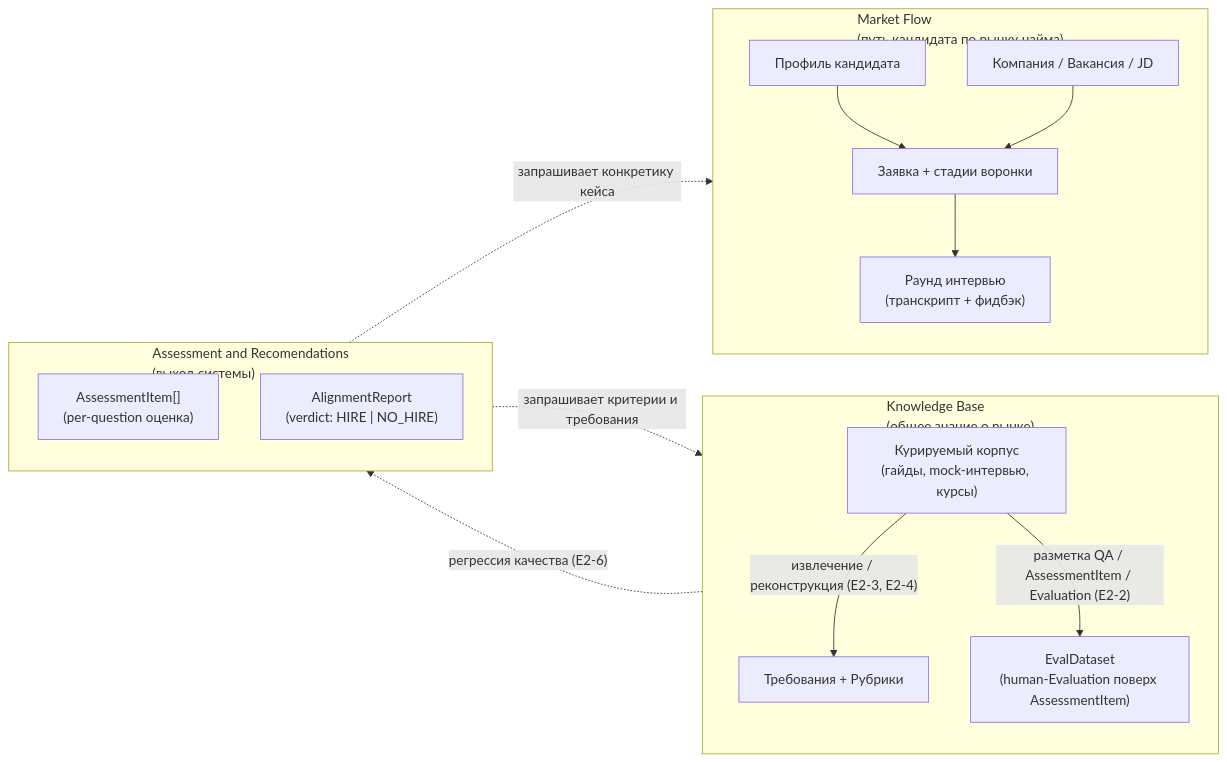
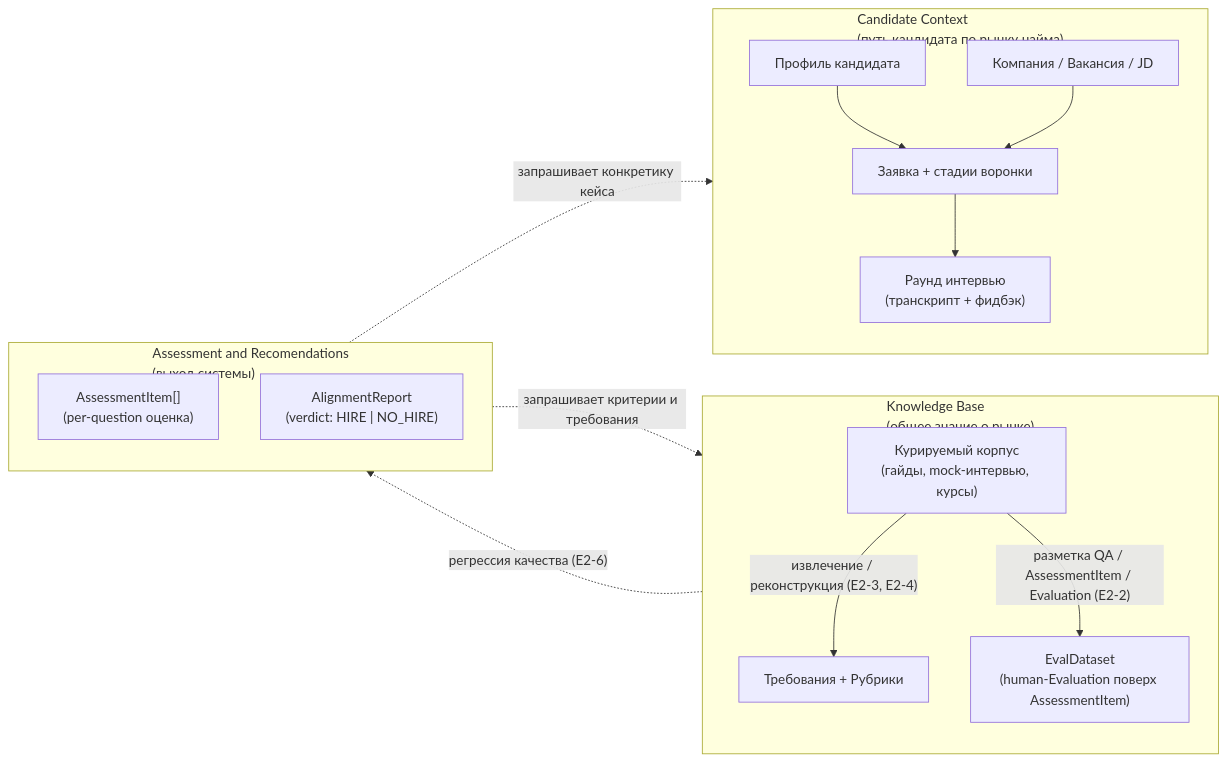
The first of 5 diagrams in md/spec.md (margomrkv/interview-debrief-assistant), drawn with Mermaid before and after one commit. The commit also changed other lines of this file and 1 other file, not shown here.

````diff
--- a/md/spec.md
+++ b/md/spec.md
@@ -49,32 +49,32 @@
 ```mermaid
 flowchart LR
-    subgraph MF["Market Flow<br/>(путь кандидата по рынку найма)"]
+    subgraph CC["Candidate Context<br/>(путь кандидата по рынку найма)"]
         direction TB
-        MF1["Профиль кандидата"]
-        MF2["Компания / Вакансия / JD"]
-        MF3["Заявка + стадии воронки"]
-        MF4["Раунд интервью<br/>(транскрипт + фидбэк)"]
-        MF1 --> MF3
-        MF2 --> MF3
-        MF3 --> MF4
+        CC1["Профиль кандидата"]
+        CC2["Компания / Вакансия / JD"]
+        CC3["Заявка + стадии воронки"]
+        CC4["Раунд интервью<br/>(транскрипт + фидбэк)"]
+        CC1 --> CC3
+        CC2 --> CC3
+        CC3 --> CC4
     end
 
     subgraph KB["Knowledge Base<br/>(общее знание о рынке)"]
         direction TB
         KB1["Курируемый корпус<br/>(гайды, mock-интервью, курсы)"]
         KB2["Требования + Рубрики"]
         KB3["EvalDataset<br/>(human-Evaluation поверх AssessmentItem)"]
         KB1 -- "извлечение / реконструкция (E2-3, E2-4)" --> KB2
         KB1 -- "разметка QA / AssessmentItem / Evaluation (E2-2)" --> KB3
     end
 
     subgraph AR["Assessment and Recomendations<br/>(выход системы)"]
         direction TB
         AR1["AssessmentItem[]<br/>(per-question оценка)"]
         AR2["AlignmentReport<br/>(verdict: HIRE | NO_HIRE)"]
     end
 
-    AR -. "запрашивает конкретику кейса" .-> MF
+    AR -. "запрашивает конкретику кейса" .-> CC
     AR -. "запрашивает критерии и требования" .-> KB
     KB3 -. "регрессия качества (E2-6)" .-> AR
 ```
````
